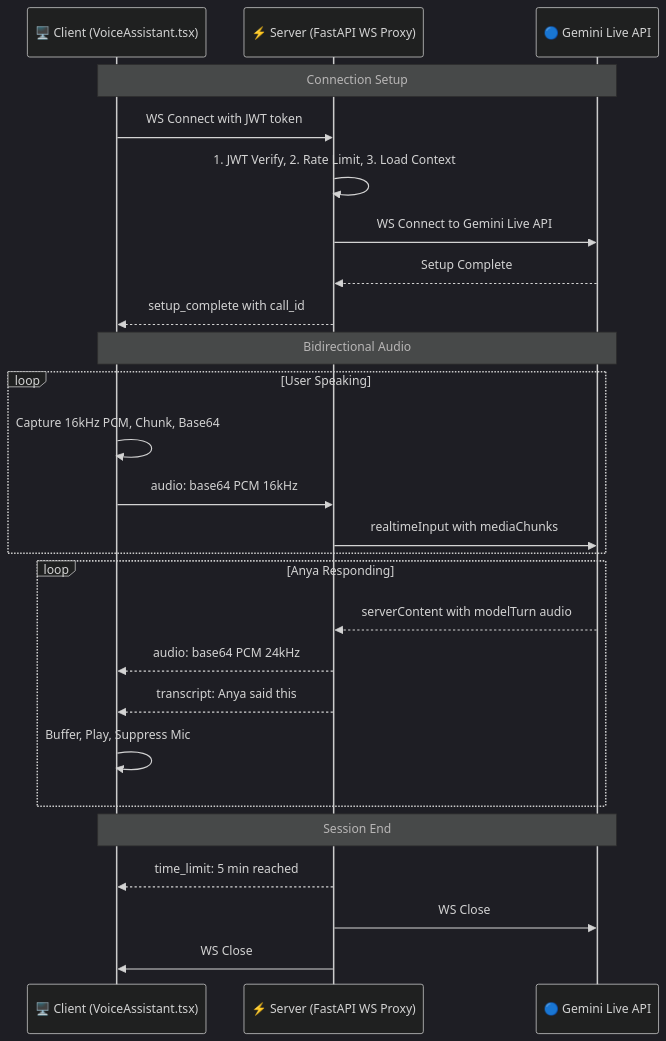
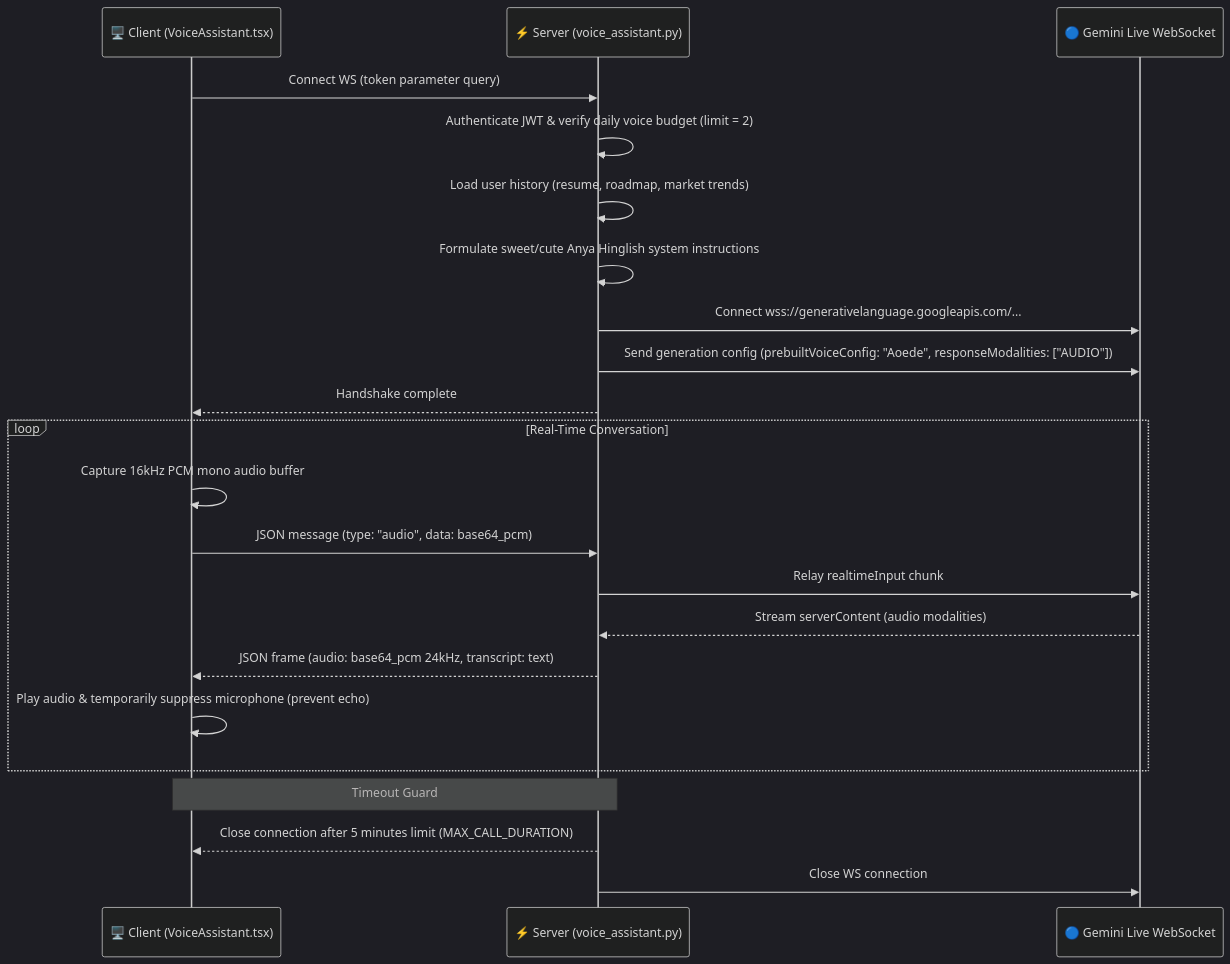
Diagram 29 of 33 in documentation/ARCHITECTURE.md (Anil-Pradhan-web/ai-career-mentor), drawn with Mermaid (dark theme) before and after one commit. The commit also changed other lines of this file and 3 other files, not shown here.

First line of the commit message:
docs: update all documentation — ARCHITECTURE, SYSTEM, API, DOCKER_GUIDE verified against codebase

````diff
--- a/documentation/ARCHITECTURE.md
+++ b/documentation/ARCHITECTURE.md
@@ -1886,32 +1976,29 @@
 ```mermaid
 sequenceDiagram
-    participant C as 🖥️ Client (VoiceAssistant.tsx)
-    participant S as ⚡ Server (FastAPI WS Proxy)
-    participant G as 🔵 Gemini Live API
+    participant Client as 🖥️ Client (VoiceAssistant.tsx)
+    participant Server as ⚡ Server (voice_assistant.py)
+    participant Gemini as 🔵 Gemini Live WebSocket
 
-    Note over C,G: Connection Setup
-    C->>S: WS Connect with JWT token
-    S->>S: 1. JWT Verify, 2. Rate Limit, 3. Load Context
-    S->>G: WS Connect to Gemini Live API
-    G-->>S: Setup Complete
-    S-->>C: setup_complete with call_id
+    Client->>Server: Connect WS (token parameter query)
+    Server->>Server: Authenticate JWT & verify daily voice budget (limit = 2)
+    Server->>Server: Load user history (resume, roadmap, market trends)
+    Server->>Server: Formulate sweet/cute Anya Hinglish system instructions
     
-    Note over C,G: Bidirectional Audio
-    loop User Speaking
-        C->>C: Capture 16kHz PCM, Chunk, Base64
-        C->>S: audio: base64 PCM 16kHz
-        S->>G: realtimeInput with mediaChunks
+    Server->>Gemini: Connect wss://generativelanguage.googleapis.com/...
+    Server->>Gemini: Send generation config (prebuiltVoiceConfig: "Aoede", responseModalities: ["AUDIO"])
+    Server-->>Client: Handshake complete
+    
+    loop Real-Time Conversation
+        Client->>Client: Capture 16kHz PCM mono audio buffer
+        Client->>Server: JSON message (type: "audio", data: base64_pcm)
+        Server->>Gemini: Relay realtimeInput chunk
+        
+        Gemini-->>Server: Stream serverContent (audio modalities)
+        Server-->>Client: JSON frame (audio: base64_pcm 24kHz, transcript: text)
+        Client->>Client: Play audio & temporarily suppress microphone (prevent echo)
     end
-    
-    loop Anya Responding
-        G-->>S: serverContent with modelTurn audio
-        S-->>C: audio: base64 PCM 24kHz
-        S-->>C: transcript: Anya said this
-        C->>C: Buffer, Play, Suppress Mic
-    end
-    
-    Note over C,G: Session End
-    S-->>C: time_limit: 5 min reached
-    S->>G: WS Close
-    S->>C: WS Close
+
+    Note over Client, Server: Timeout Guard
+    Server-->>Client: Close connection after 5 minutes limit (MAX_CALL_DURATION)
+    Server->>Gemini: Close WS connection
 ```
````
